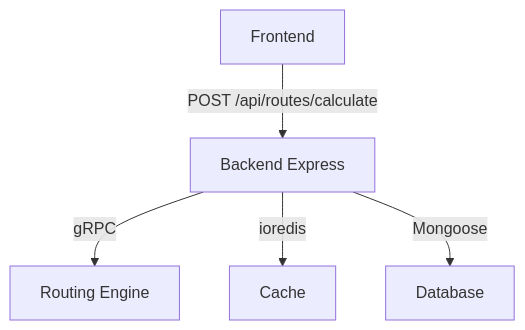
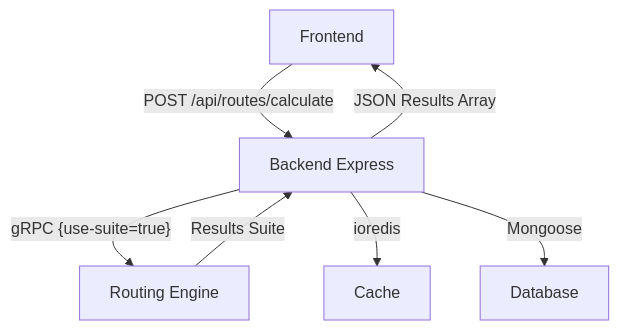
The diagram in modules/backend/README.md (SaarthakBatra/AI-Route-Planning-system-for-Electric-Vehicles), drawn with Mermaid before and after one commit. The commit also changed other lines of this file and 20 other files, not shown here.

````diff
--- a/modules/backend/README.md
+++ b/modules/backend/README.md
@@ -23,7 +23,9 @@
 ```mermaid
 graph TD
     A[Frontend] -- POST /api/routes/calculate --> B[Backend Express]
-    B -- gRPC --> C[Routing Engine]
+    B -- gRPC {use-suite=true} --> C[Routing Engine]
+    C -- Results Suite --> B
+    B -- JSON Results Array --> A
     B -- ioredis --> D[Cache]
     B -- Mongoose --> E[Database]
 ```
````
